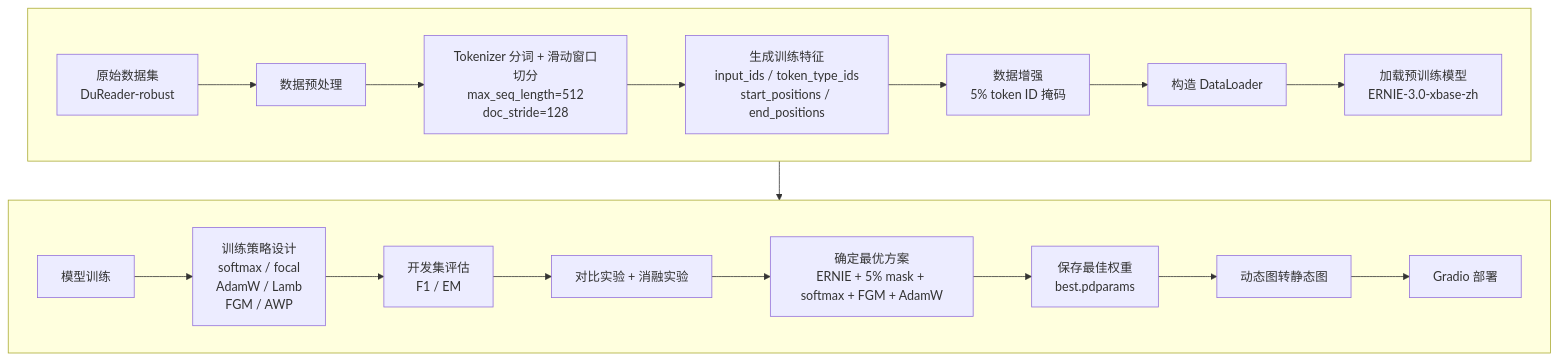
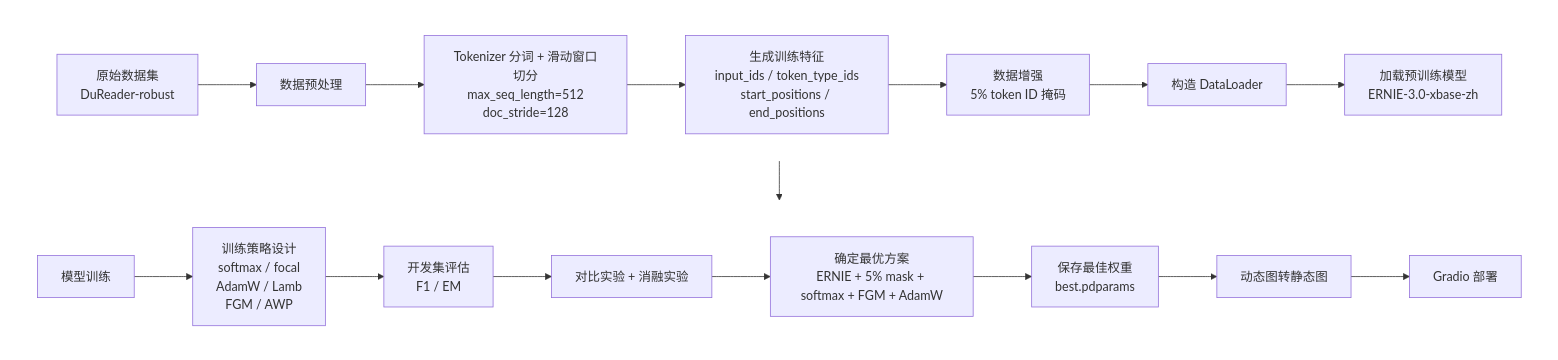
The first of 2 diagrams in docs/ernie3_mrc_ppt_content.md (beautyarbutin/agent_travel), drawn with Mermaid before and after one commit.

Commit message:
Fix Mermaid horizontal layout

````diff
--- a/docs/ernie3_mrc_ppt_content.md
+++ b/docs/ernie3_mrc_ppt_content.md
@@ -76,25 +76,28 @@
 ```mermaid
 flowchart TB
     subgraph R1[" "]
         direction LR
         A["原始数据集<br/>DuReader-robust"] --> B["数据预处理"]
         B --> C["Tokenizer 分词 + 滑动窗口切分<br/>max_seq_length=512<br/>doc_stride=128"]
         C --> D["生成训练特征<br/>input_ids / token_type_ids<br/>start_positions / end_positions"]
         D --> E["数据增强<br/>5% token ID 掩码"]
         E --> F["构造 DataLoader"]
         F --> G["加载预训练模型<br/>ERNIE-3.0-xbase-zh"]
     end
 
     subgraph R2[" "]
         direction LR
         H["模型训练"] --> I["训练策略设计<br/>softmax / focal<br/>AdamW / Lamb<br/>FGM / AWP"]
         I --> J["开发集评估<br/>F1 / EM"]
         J --> K["对比实验 + 消融实验"]
         K --> L["确定最优方案<br/>ERNIE + 5% mask + softmax + FGM + AdamW"]
         L --> M["保存最佳权重<br/>best.pdparams"]
         M --> N["动态图转静态图"]
         N --> O["Gradio 部署"]
     end
 
-    G --> H
+    R1 --> R2
+
+    style R1 fill:none,stroke:none
+    style R2 fill:none,stroke:none
 ```
````
